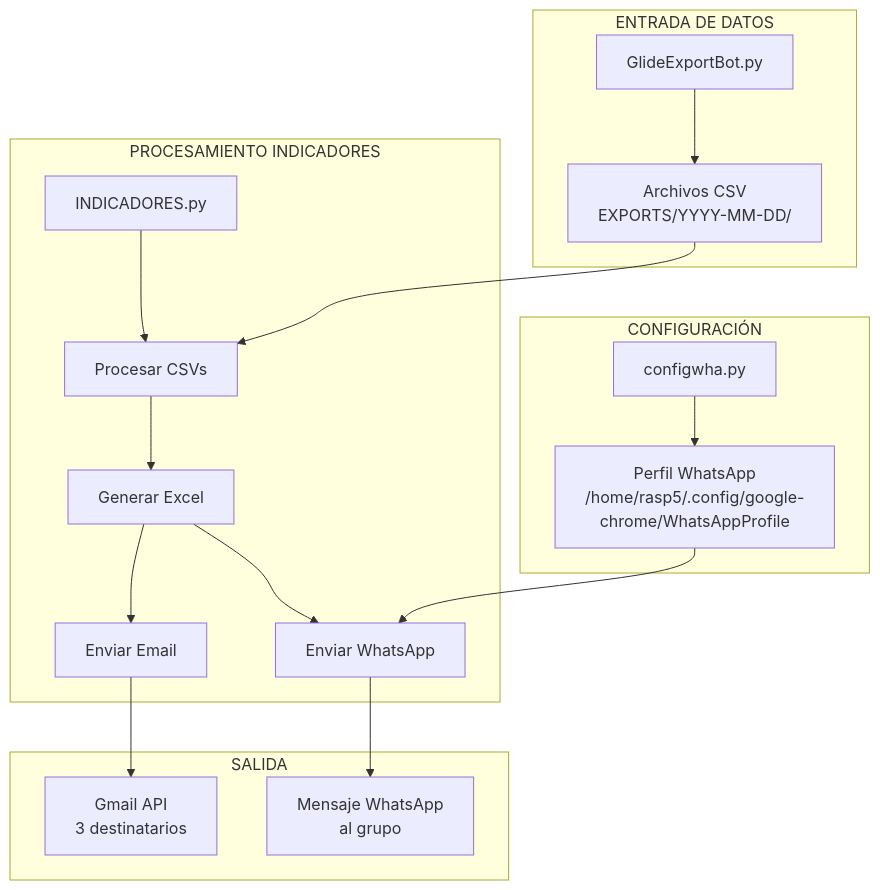
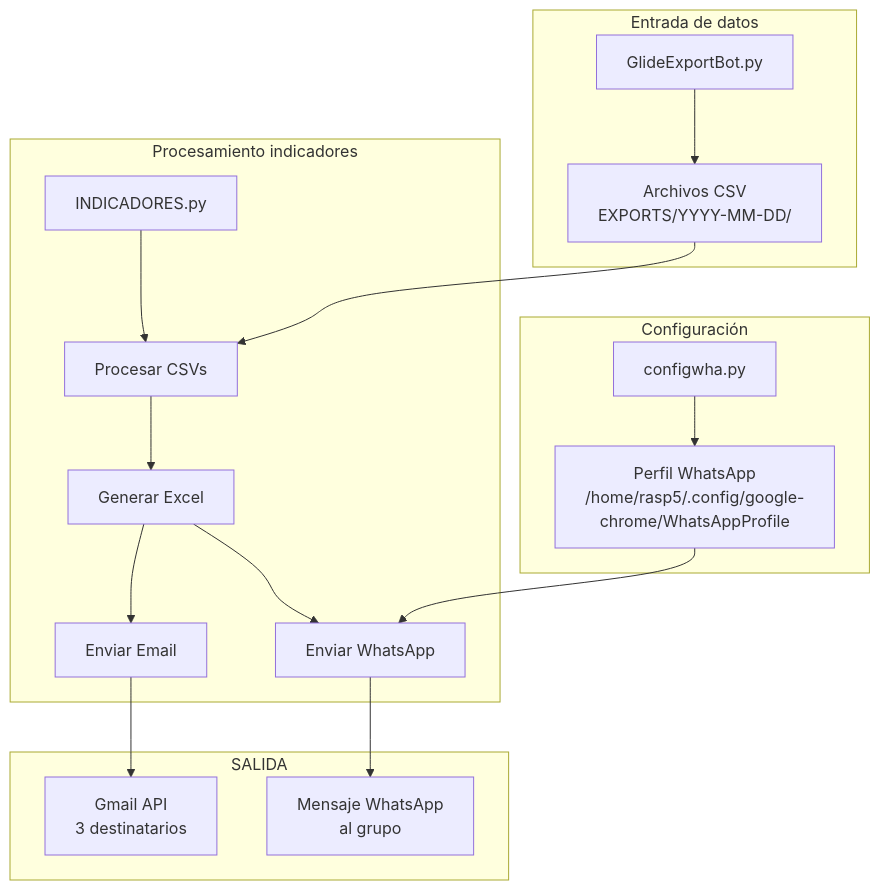
Before and after one commit to ebohorquez589/Prueba: the second of 7 diagrams in README.md, drawn with Mermaid.

````diff
--- a/README.md
+++ b/README.md
@@ -108,28 +108,28 @@
 ```mermaid
 graph TB
-    %% ========== COMPONENTES PRINCIPALES ==========
-    subgraph "CONFIGURACIÓN"
+    %% ========== componentes principales ==========
+    subgraph "Configuración"
         B[configwha.py] --> J[Perfil WhatsApp<br/>/home/rasp5/.config/google-chrome/WhatsAppProfile]
     end
     
-    subgraph "PROCESAMIENTO INDICADORES"
+    subgraph "Procesamiento indicadores"
         A[INDICADORES.py] --> F[ Procesar CSVs]
         F --> G[ Generar Excel]
         G --> H[ Enviar Email]
         G --> I[ Enviar WhatsApp]
     end
     
-    subgraph "ENTRADA DE DATOS"
+    subgraph "Entrada de datos"
         D[GlideExportBot.py] --> E[Archivos CSV<br/>EXPORTS/YYYY-MM-DD/]
     end
     
     subgraph "SALIDA"
         H --> K[Gmail API<br/>3 destinatarios]
         I --> L[Mensaje WhatsApp<br/>al grupo]
     end
     
-    %% ========== FLUJOS PRINCIPALES ==========
+    %% ========== Flujos principales ==========
     E --> F
     J --> I
 
 ```
````
